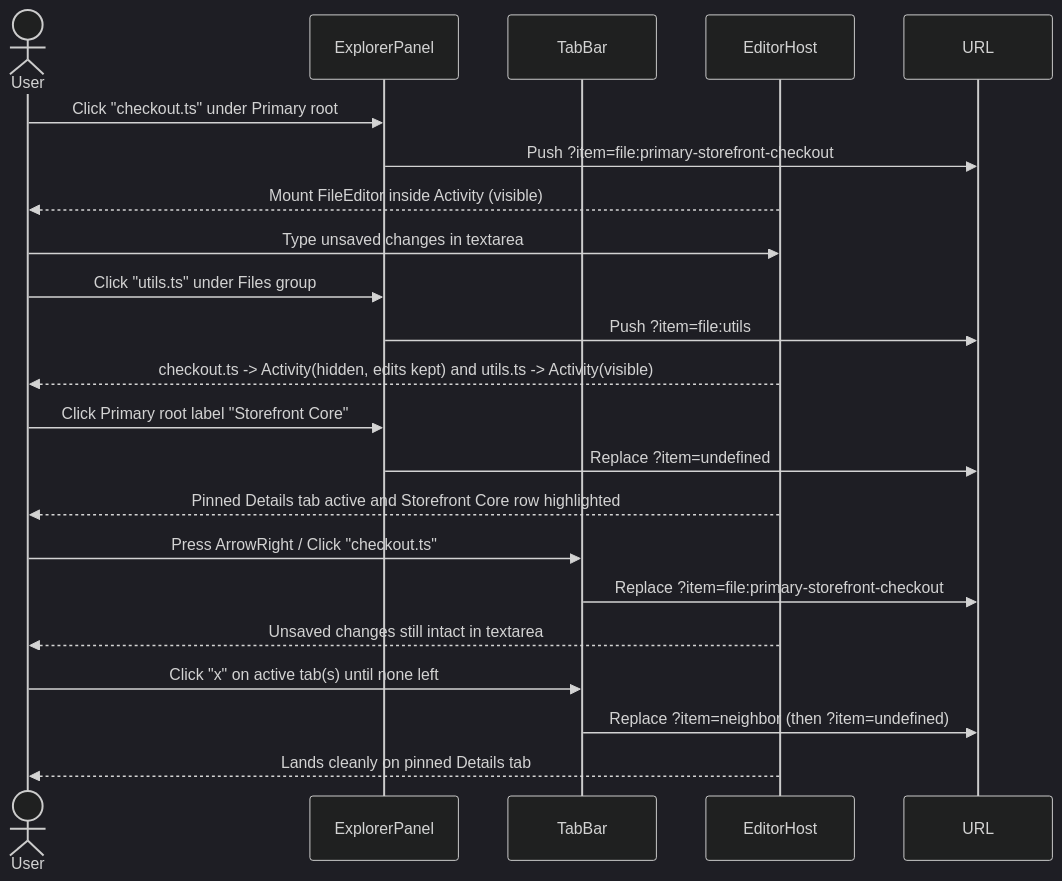
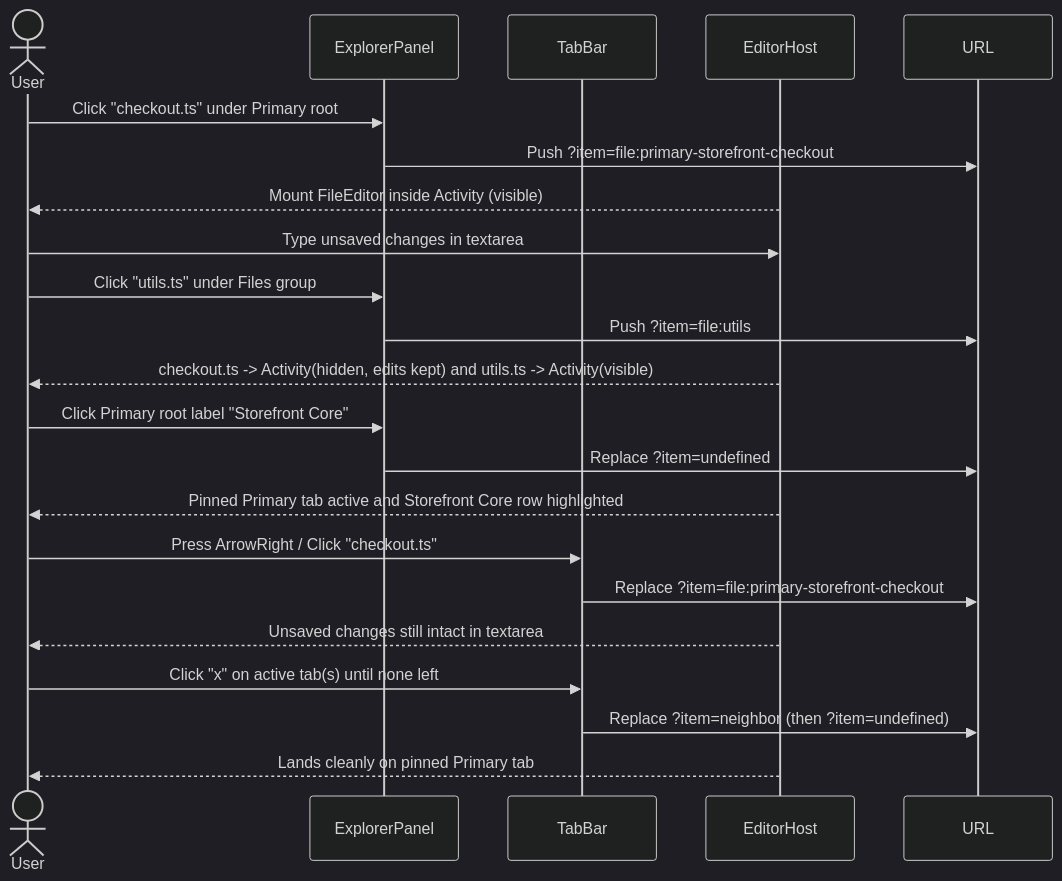
Before and after one commit to ppongtong/ide-shell: the tenth of 12 diagrams in docs/DESIGN.md, drawn with Mermaid (dark theme). The commit also changed other lines of this file and 42 other files, not shown here.

````diff
--- a/docs/DESIGN.md
+++ b/docs/DESIGN.md
@@ -493,29 +484,29 @@
 ```mermaid
 sequenceDiagram
     actor User
     participant Exp as ExplorerPanel
     participant Bar as TabBar
     participant Host as EditorHost
     participant Router as URL
 
     User->>Exp: Click "checkout.ts" under Primary root
     Exp->>Router: Push ?item=file:primary-storefront-checkout
     Host-->>User: Mount FileEditor inside Activity (visible)
     User->>Host: Type unsaved changes in textarea
 
     User->>Exp: Click "utils.ts" under Files group
     Exp->>Router: Push ?item=file:utils
     Host-->>User: checkout.ts -> Activity(hidden, edits kept) and utils.ts -> Activity(visible)
 
     User->>Exp: Click Primary root label "Storefront Core"
     Exp->>Router: Replace ?item=undefined
-    Host-->>User: Pinned Details tab active and Storefront Core row highlighted
+    Host-->>User: Pinned Primary tab active and Storefront Core row highlighted
 
     User->>Bar: Press ArrowRight / Click "checkout.ts"
     Bar->>Router: Replace ?item=file:primary-storefront-checkout
     Host-->>User: Unsaved changes still intact in textarea
 
     User->>Bar: Click "x" on active tab(s) until none left
     Bar->>Router: Replace ?item=neighbor (then ?item=undefined)
-    Host-->>User: Lands cleanly on pinned Details tab
+    Host-->>User: Lands cleanly on pinned Primary tab
 ```
````
